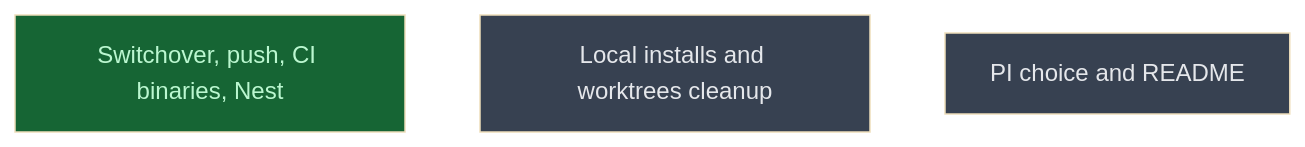
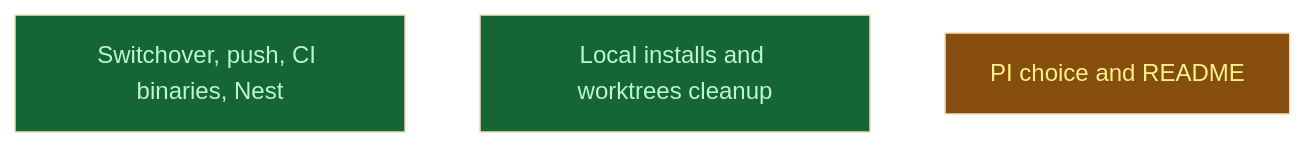
One commit to CrackingShells/Murmuration changed the diagram in __roadmap__/claude_code_release/next/next/next/README.md. Above: the diagram before and after it, drawn with Mermaid (base theme). The commit also changed other lines of this file and 1 other file, not shown here.

First line of the commit message:
docs(roadmap): record the local install cleanup

````diff
--- a/__roadmap__/claude_code_release/next/next/next/README.md
+++ b/__roadmap__/claude_code_release/next/next/next/README.md
@@ -16,11 +16,11 @@
 ```mermaid
 graph TD
     publish[Switchover, push, CI binaries, Nest]:::done
-    local_cleanup[Local installs and worktrees cleanup]:::planned
-    next[PI choice and README]:::planned
+    local_cleanup[Local installs and worktrees cleanup]:::done
+    next[PI choice and README]:::inprogress
     classDef done       fill:#166534,color:#bbf7d0
     classDef inprogress fill:#854d0e,color:#fef08a
     classDef planned    fill:#374151,color:#e5e7eb
     classDef amendment  fill:#1e3a5f,color:#bfdbfe
     classDef blocked    fill:#7f1d1d,color:#fecaca
 ```
````
